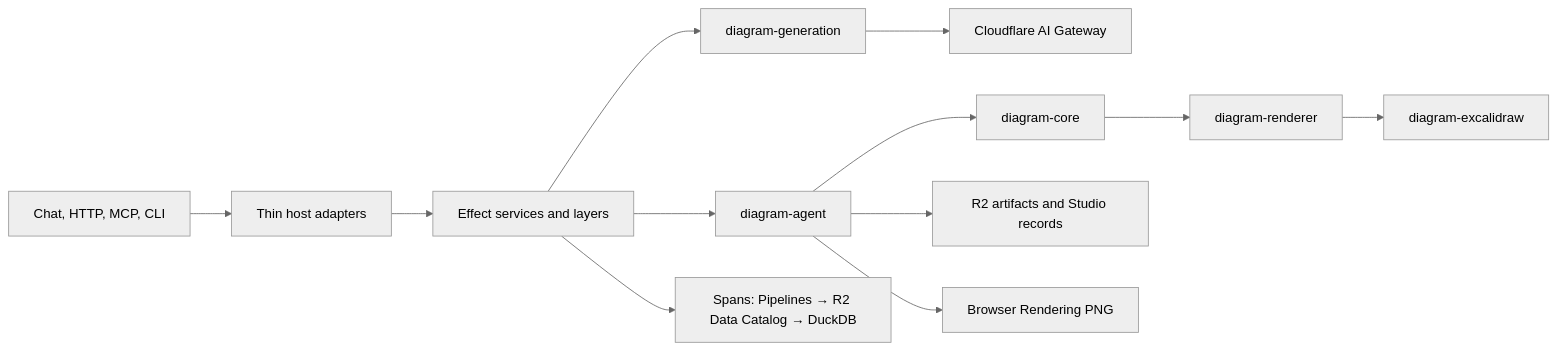
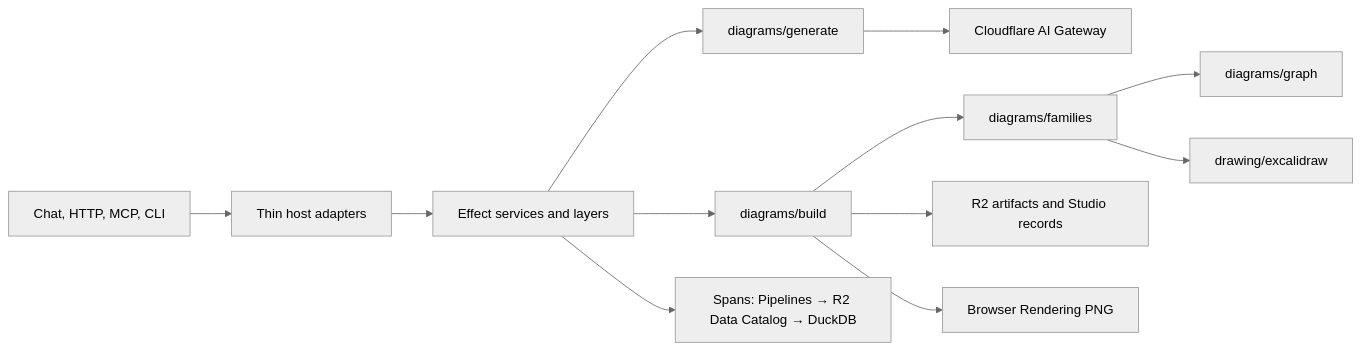
The diagram in docs/architecture.md (shpitdev/sketchi), drawn with Mermaid (neutral theme) before and after one commit. The commit also changed other lines of this file and 803 other files, not shown here.

Commit message:
refactor(diagrams): move family graph build and generation ownership

````diff
--- a/docs/architecture.md
+++ b/docs/architecture.md
@@ -10,14 +10,14 @@
 ```mermaid
 flowchart LR
   Clients["Chat, HTTP, MCP, CLI"] --> Edges["Thin host adapters"]
   Edges --> Effect["Effect services and layers"]
-  Effect --> Generation["diagram-generation"]
-  Effect --> Build["diagram-agent"]
-  Build --> Core["diagram-core"]
-  Core --> Renderer["diagram-renderer"]
-  Renderer --> Excalidraw["diagram-excalidraw"]
+  Effect --> Generation["diagrams/generate"]
+  Effect --> Build["diagrams/build"]
+  Build --> Families["diagrams/families"]
+  Families --> Graph["diagrams/graph"]
+  Families --> Excalidraw["drawing/excalidraw"]
   Build --> R2["R2 artifacts and Studio records"]
   Generation --> Gateway["Cloudflare AI Gateway"]
   Build --> Browser["Browser Rendering PNG"]
   Effect --> Telemetry["Spans: Pipelines → R2 Data Catalog → DuckDB"]
 ```
````
